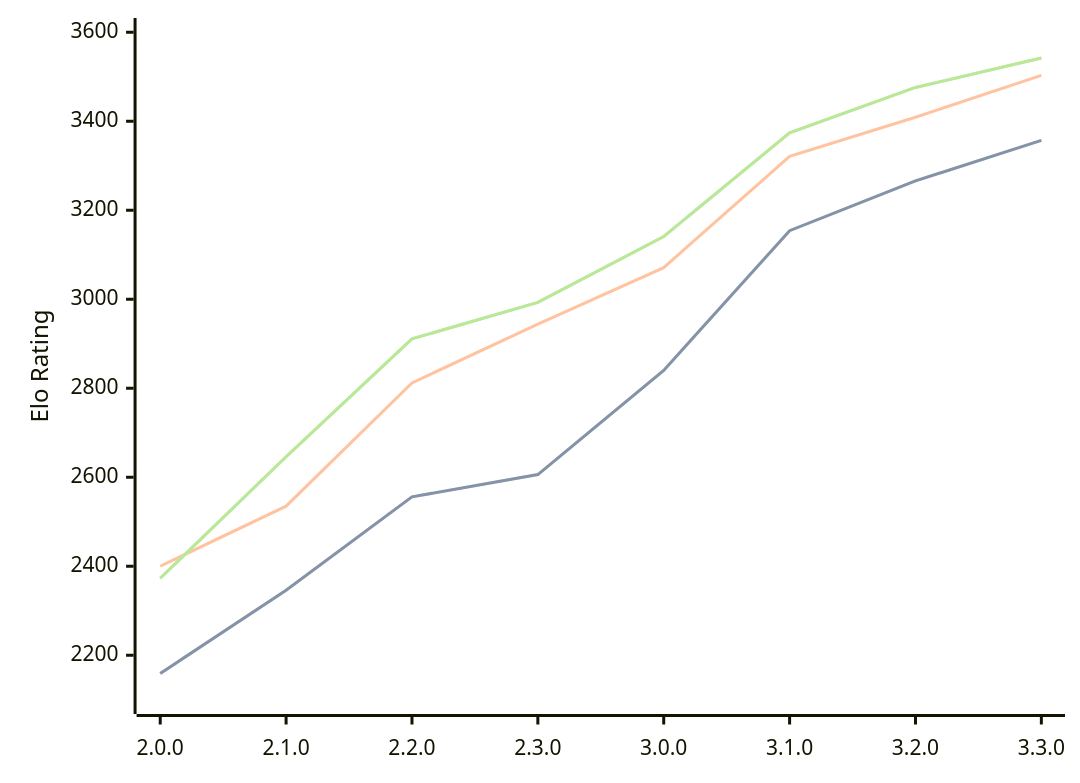
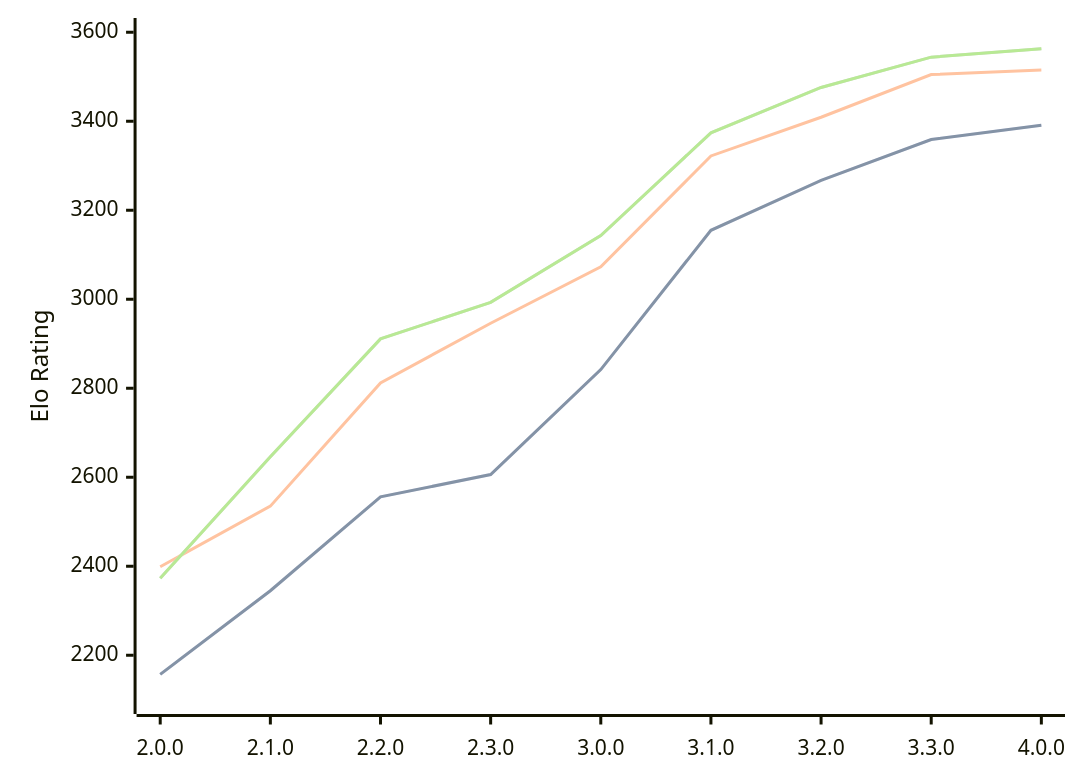
One commit to computer-chess-index/cci changed the diagram in engines/Raphael.md. Above: the diagram before and after it, drawn with Mermaid. The commit also changed other lines of this file, not shown here.

Commit message:
Update CCI Ratings (ELO VLTC) - 2026-04-27

````diff
--- a/engines/Raphael.md
+++ b/engines/Raphael.md
@@ -50,11 +51,11 @@
 ```mermaid
 %%{init: {"theme":"base","themeVariables":{"seriesColors:['#a3a3a3','#222221','#faa371']}}}%%
 xychart-beta
-  x-axis ["2.0.0", "2.1.0", "2.2.0", "2.3.0", "3.0.0", "3.1.0", "3.2.0", "3.3.0"]
+  x-axis ["2.0.0", "2.1.0", "2.2.0", "2.3.0", "3.0.0", "3.1.0", "3.2.0", "3.3.0", "4.0.0"]
   y-axis "Elo Rating" 2100 --> 3600
-  line "STC (8.0+0.08s)" [2159, 2346, 2556, 2606, 2840, 3154, 3266, 3357]
-  line "STC (8.0+0.08s)" [2159, 2346, 2556, 2606, 2840, 3154, 3266, 3357]
-  line "LTC (60.0+0.60s)" [2400, 2535, 2812, 2944, 3071, 3321, 3409, 3503]
-  line "VLTC (2m24s+1.12s)" [2373, 2646, 2911, 2993, 3141, 3374, 3476, 3542]
-  line "VLTC (2m24s+1.12s)" [2373, 2646, 2911, 2993, 3141, 3374, 3476, 3542]
+  line "STC (8.0+0.08s)" [2157, 2345, 2556, 2606, 2842, 3155, 3267, 3359, 3391]
+  line "STC (8.0+0.08s)" [2157, 2345, 2556, 2606, 2842, 3155, 3267, 3359, 3391]
+  line "LTC (60.0+0.60s)" [2399, 2535, 2812, 2946, 3073, 3322, 3409, 3505, 3515]
+  line "VLTC (2m24s+1.12s)" [2373, 2646, 2911, 2993, 3143, 3374, 3476, 3544, 3563]
+  line "VLTC (2m24s+1.12s)" [2373, 2646, 2911, 2993, 3143, 3374, 3476, 3544, 3563]
 ```
````
